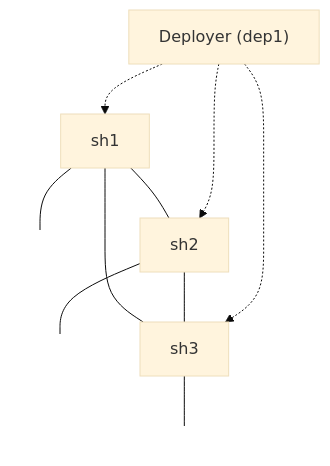
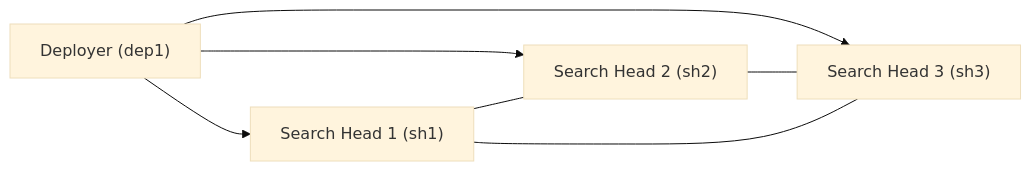
One commit to michaelsayala/splunk-shc-docker-lab changed the diagram in README.md. Above: the diagram before and after it, drawn with Mermaid (base theme).

````diff
--- a/README.md
+++ b/README.md
@@ -32,45 +34,21 @@
 ```mermaid
-graph TD
-    %% =========================
-    %% Deployer
-    %% =========================
-    DEP["Deployer (dep1)"]
+graph LR
 
-    %% Invisible spacing nodes
-    A[ ]:::invis
-    B[ ]:::invis
-    C[ ]:::invis
+%% Deployer on top
+DEP["Deployer (dep1)"]
 
-    %% =========================
-    %% Search Head Cluster
-    %% =========================
-    SH1["sh1"]
-    SH2["sh2"]
-    SH3["sh3"]
+%% Search Head Cluster
+SH1["Search Head 1 (sh1)"]
+SH2["Search Head 2 (sh2)"]
+SH3["Search Head 3 (sh3)"]
 
-    %% =========================
-    %% Deployer pushes apps/configuration
-    %% =========================
-    DEP -.-> SH1
-    DEP -.-> SH2
-    DEP -.-> SH3
+%% Layout
+DEP --> SH1
+DEP --> SH2
+DEP --> SH3
 
-    %% =========================
-    %% SHC member replication links
-    %% =========================
-    SH1 --- SH2
-    SH2 --- SH3
-    SH1 --- SH3
-
-    %% =========================
-    %% Force horizontal alignment
-    %% =========================
-    SH1 --- A
-    SH2 --- B
-    SH3 --- C
-
-%% =========================
-%% Invisible class for spacing
-%% =========================
-classDef invis fill:none,stroke:none;
+%% Cluster replication links
+SH1 --- SH2
+SH2 --- SH3
+SH1 --- SH3
 ```
````
